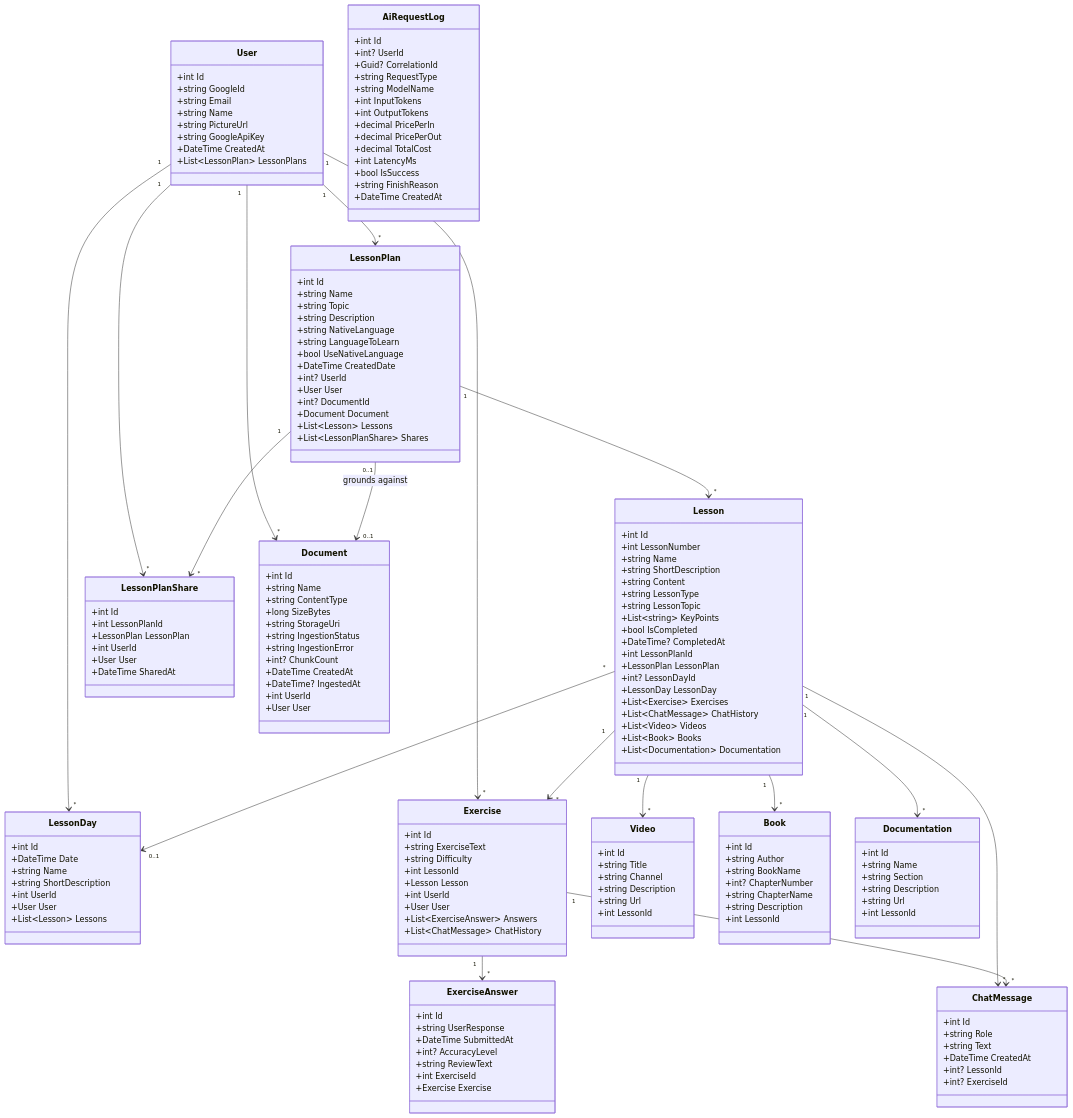
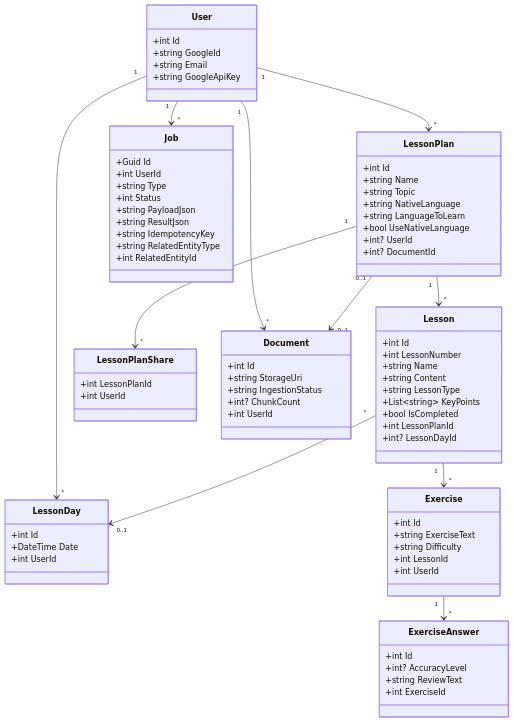
The first of 2 diagrams in diagrams/backend/02-domain-model.md (Dockdep/LessonHub), drawn with Mermaid before and after one commit. The commit also changed other lines of this file and 36 other files, not shown here.

````diff
--- a/diagrams/backend/02-domain-model.md
+++ b/diagrams/backend/02-domain-model.md
@@ -12,176 +12,78 @@
     +int Id
     +string GoogleId
     +string Email
-    +string Name
-    +string PictureUrl
     +string GoogleApiKey
-    +DateTime CreatedAt
-    +List~LessonPlan~ LessonPlans
   }
-
   class LessonPlan {
     +int Id
     +string Name
     +string Topic
-    +string Description
     +string NativeLanguage
     +string LanguageToLearn
     +bool UseNativeLanguage
-    +DateTime CreatedDate
     +int? UserId
-    +User User
     +int? DocumentId
-    +Document Document
-    +List~Lesson~ Lessons
-    +List~LessonPlanShare~ Shares
   }
-
   class Lesson {
     +int Id
     +int LessonNumber
     +string Name
-    +string ShortDescription
     +string Content
     +string LessonType
-    +string LessonTopic
     +List~string~ KeyPoints
     +bool IsCompleted
-    +DateTime? CompletedAt
     +int LessonPlanId
-    +LessonPlan LessonPlan
     +int? LessonDayId
-    +LessonDay LessonDay
-    +List~Exercise~ Exercises
-    +List~ChatMessage~ ChatHistory
-    +List~Video~ Videos
-    +List~Book~ Books
-    +List~Documentation~ Documentation
   }
-
   class LessonDay {
     +int Id
     +DateTime Date
-    +string Name
-    +string ShortDescription
     +int UserId
-    +User User
-    +List~Lesson~ Lessons
   }
-
   class LessonPlanShare {
-    +int Id
     +int LessonPlanId
-    +LessonPlan LessonPlan
     +int UserId
-    +User User
-    +DateTime SharedAt
   }
-
   class Exercise {
     +int Id
     +string ExerciseText
     +string Difficulty
     +int LessonId
-    +Lesson Lesson
     +int UserId
-    +User User
-    +List~ExerciseAnswer~ Answers
-    +List~ChatMessage~ ChatHistory
   }
-
   class ExerciseAnswer {
     +int Id
-    +string UserResponse
-    +DateTime SubmittedAt
     +int? AccuracyLevel
     +string ReviewText
     +int ExerciseId
-    +Exercise Exercise
   }
-
-  class Video {
-    +int Id
-    +string Title
-    +string Channel
-    +string Description
-    +string Url
-    +int LessonId
-  }
-
-  class Book {
-    +int Id
-    +string Author
-    +string BookName
-    +int? ChapterNumber
-    +string ChapterName
-    +string Description
-    +int LessonId
-  }
-
-  class Documentation {
-    +int Id
-    +string Name
-    +string Section
-    +string Description
-    +string Url
-    +int LessonId
-  }
-
-  class ChatMessage {
-    +int Id
-    +string Role
-    +string Text
-    +DateTime CreatedAt
-    +int? LessonId
-    +int? ExerciseId
-  }
-
   class Document {
     +int Id
-    +string Name
-    +string ContentType
-    +long SizeBytes
     +string StorageUri
     +string IngestionStatus
-    +string IngestionError
     +int? ChunkCount
-    +DateTime CreatedAt
-    +DateTime? IngestedAt
     +int UserId
-    +User User
   }
-
-  class AiRequestLog {
-    +int Id
-    +int? UserId
-    +Guid? CorrelationId
-    +string RequestType
-    +string ModelName
-    +int InputTokens
-    +int OutputTokens
-    +decimal PricePerIn
-    +decimal PricePerOut
-    +decimal TotalCost
-    +int LatencyMs
-    +bool IsSuccess
-    +string FinishReason
-    +DateTime CreatedAt
+  class Job {
+    +Guid Id
+    +int UserId
+    +string Type
+    +int Status
+    +string PayloadJson
+    +string ResultJson
+    +string IdempotencyKey
+    +string RelatedEntityType
+    +int RelatedEntityId
   }
 
   User "1" --> "*" LessonPlan
   User "1" --> "*" LessonDay
-  User "1" --> "*" LessonPlanShare
-  User "1" --> "*" Exercise
   User "1" --> "*" Document
+  User "1" --> "*" Job
   LessonPlan "1" --> "*" Lesson
   LessonPlan "1" --> "*" LessonPlanShare
-  LessonPlan "0..1" --> "0..1" Document : grounds against
+  LessonPlan "0..1" --> "0..1" Document
   Lesson "1" --> "*" Exercise
-  Lesson "1" --> "*" Video
-  Lesson "1" --> "*" Book
-  Lesson "1" --> "*" Documentation
-  Lesson "1" --> "*" ChatMessage
   Lesson "*" --> "0..1" LessonDay
   Exercise "1" --> "*" ExerciseAnswer
-  Exercise "1" --> "*" ChatMessage
 ```
````
